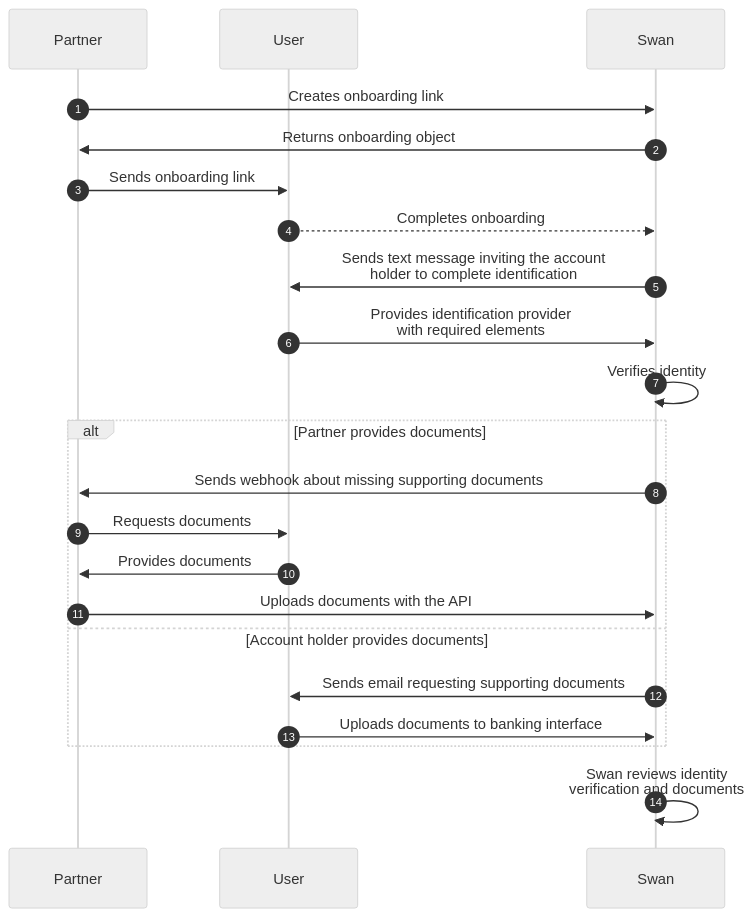
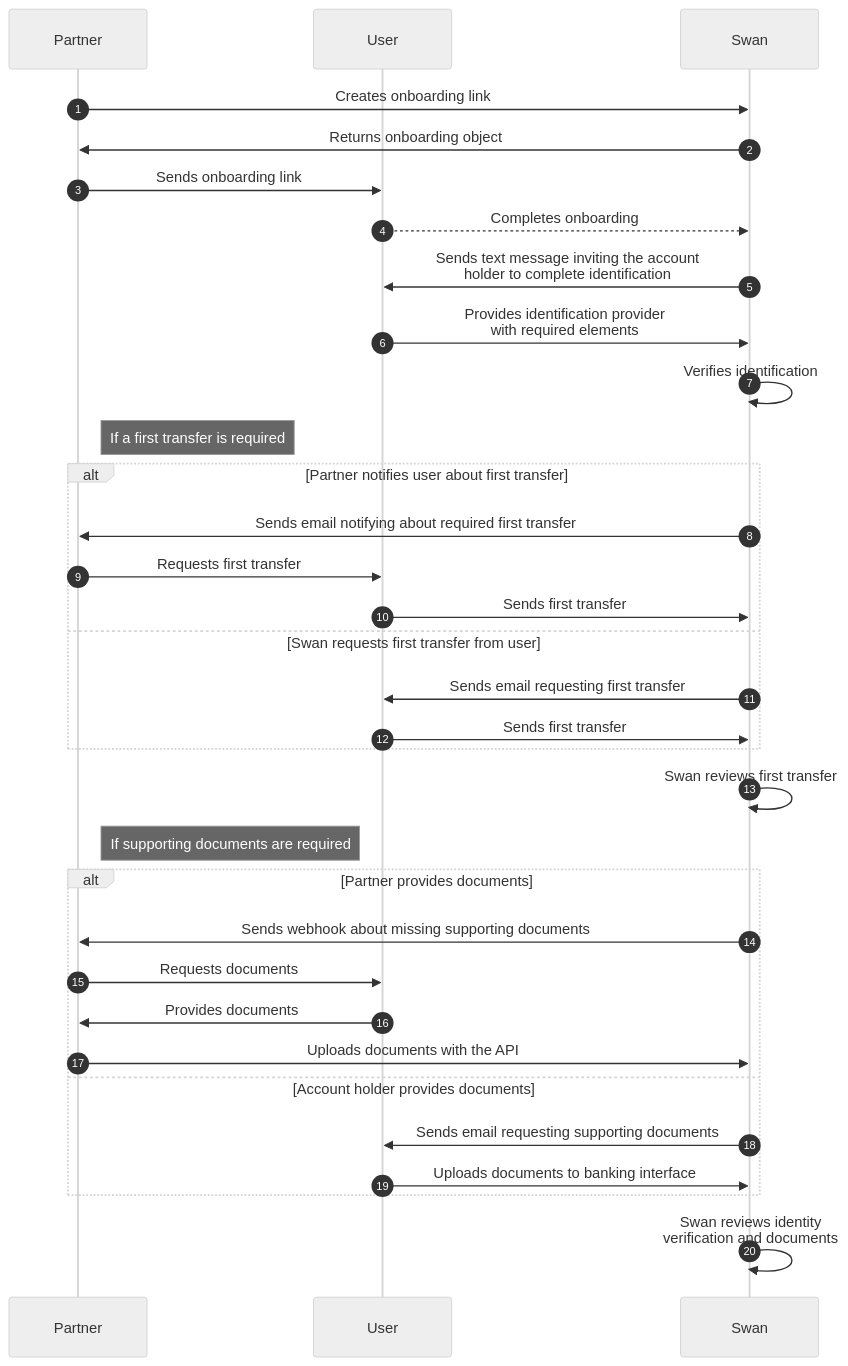
The second of 2 diagrams in docs/topics/onboarding/account-holders/index.mdx (swan-io/docs), drawn with Mermaid (neutral theme) before and after one commit. The commit also changed other lines of this file and 8 other files, not shown here.

Commit message:
DOC-326 add first transfer to account holders (#182)

````diff
--- a/docs/topics/onboarding/account-holders/index.mdx
+++ b/docs/topics/onboarding/account-holders/index.mdx
@@ -89,23 +123,34 @@
 ```mermaid
 sequenceDiagram autoNumber
 participant P as Partner
 participant U as User
 participant S as Swan
     P ->> S: Creates onboarding link
     S ->> P: Returns onboarding object
     P ->> U: Sends onboarding link
     U -->> S: Completes onboarding
     S ->> U: Sends text message inviting the account<br/>holder to complete identification
     U ->> S: Provides identification provider<br/>with required elements
-    S ->> S: Verifies identity
+    S ->> S: Verifies identification
+    note right of P: If a first transfer is required
+    alt Partner notifies user about first transfer
+        S ->> P: Sends email notifying about required first transfer
+        P ->> U: Requests first transfer
+        U ->> S: Sends first transfer
+    else Swan requests first transfer from user
+        S ->> U: Sends email requesting first transfer
+        U ->> S: Sends first transfer
+    end
+    S ->> S: Swan reviews first transfer
+    note right of P: If supporting documents are required
     alt Partner provides documents
         S ->> P: Sends webhook about missing supporting documents
         P ->> U: Requests documents
         U ->> P: Provides documents
         P ->>S: Uploads documents with the API
     else Account holder provides documents
         S ->> U: Sends email requesting supporting documents
         U ->> S: Uploads documents to banking interface
     end
     S ->> S: Swan reviews identity<br/>verification and documents
 ```
````
